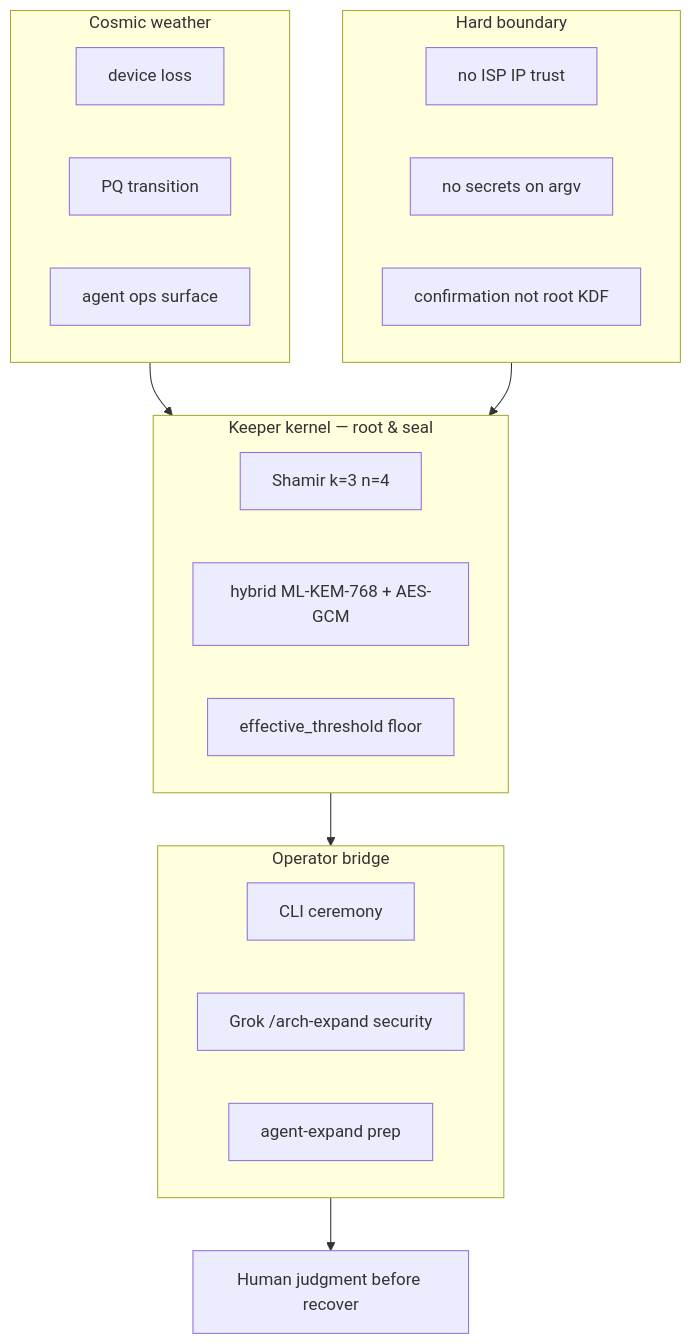
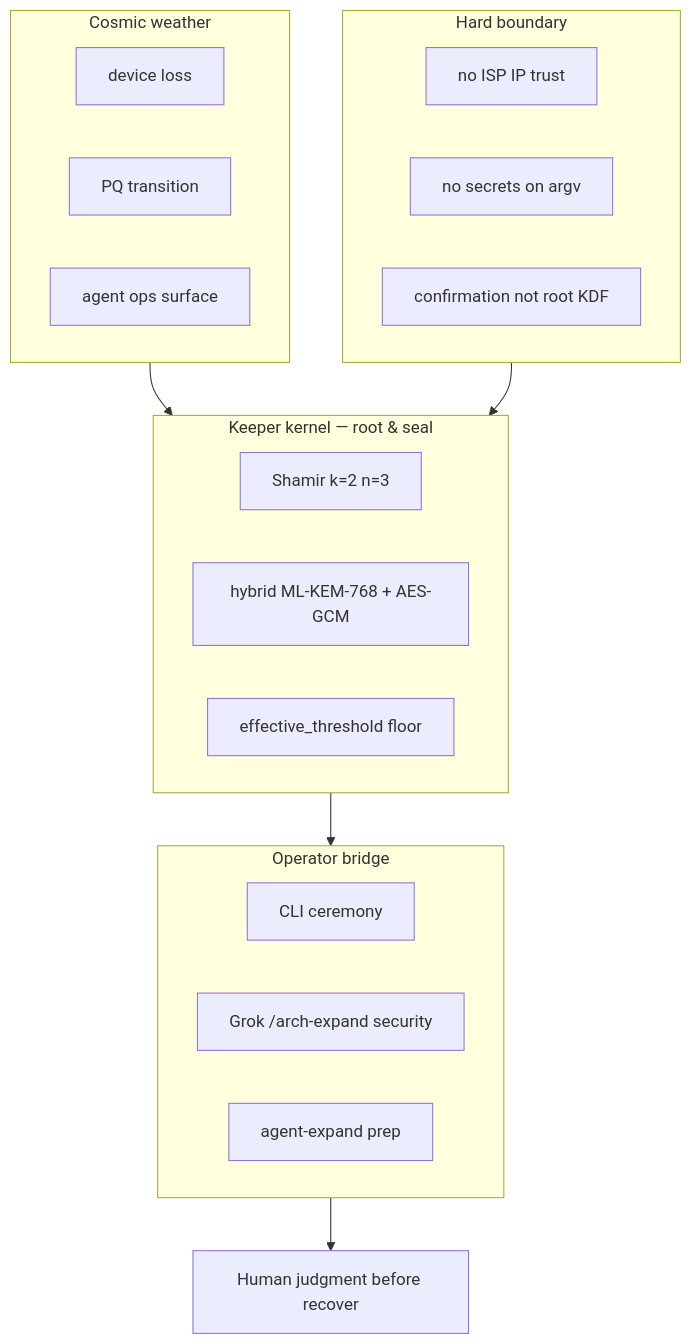
One commit to p10ns11y/arch-machine changed the first of 7 diagrams in arch-design/keeper.md. Above: the diagram before and after it, drawn with Mermaid. The commit also changed other lines of this file and 14 other files, not shown here.

````diff
--- a/arch-design/keeper.md
+++ b/arch-design/keeper.md
@@ -20,27 +22,27 @@
 ```mermaid
 flowchart TB
   subgraph weather["Cosmic weather"]
     W1[device loss]
     W2[PQ transition]
     W3[agent ops surface]
   end
   subgraph kernel["Keeper kernel — root & seal"]
-    K1[Shamir k=3 n=4]
+    K1[Shamir k=2 n=3]
     K2[hybrid ML-KEM-768 + AES-GCM]
     K3[effective_threshold floor]
   end
   subgraph bridge["Operator bridge"]
     B1[CLI ceremony]
     B2[Grok /arch-expand security]
     B3[agent-expand prep]
   end
   subgraph boundary["Hard boundary"]
     X1[no ISP IP trust]
     X2[no secrets on argv]
     X3[confirmation not root KDF]
   end
   weather --> kernel
   kernel --> bridge
   boundary --> kernel
   bridge --> OUT[Human judgment before recover]
 ```
````
